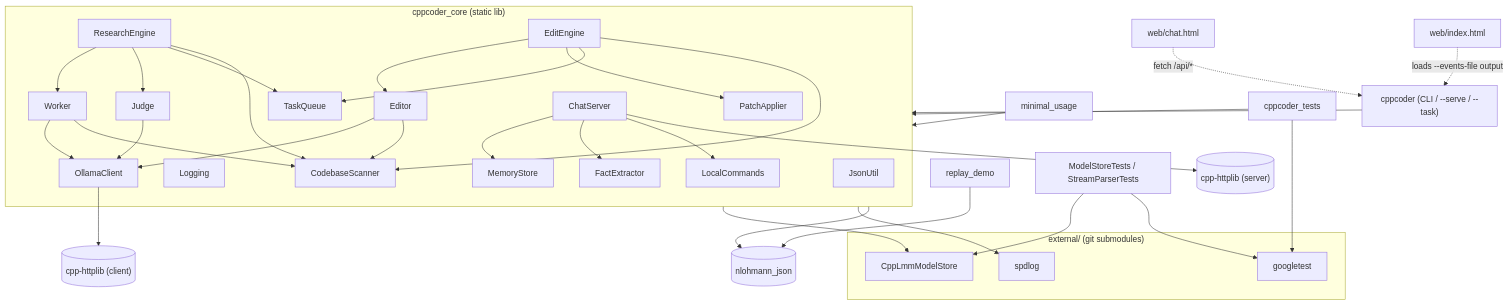
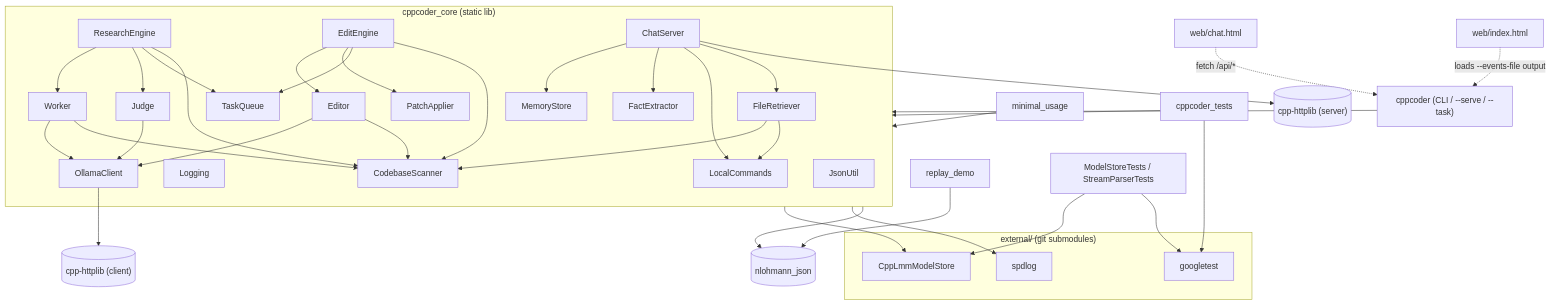
The fifth of 7 diagrams in README.md (cschladetsch/CppLocalLlmCodeAssist), drawn with Mermaid before and after one commit. The commit also changed other lines of this file and 19 other files, not shown here.

````diff
--- a/README.md
+++ b/README.md
@@ -150,59 +150,63 @@
 ```mermaid
 flowchart TD
     subgraph ext["external/ (git submodules)"]
         ModelStore["CppLmmModelStore"]
         Spdlog["spdlog"]
         GTest["googletest"]
     end
 
     subgraph core["cppcoder_core (static lib)"]
         JsonUtil
         Logging
         OllamaClient
         CodebaseScanner
         Worker
         Judge
         TaskQueue
         ResearchEngine
         Editor
         PatchApplier
         EditEngine
         ChatServer
         MemoryStore
         FactExtractor
         LocalCommands
+        FileRetriever
     end
 
     Worker --> OllamaClient
     Worker --> CodebaseScanner
     Judge --> OllamaClient
     ResearchEngine --> Worker
     ResearchEngine --> Judge
     ResearchEngine --> TaskQueue
     ResearchEngine --> CodebaseScanner
     Editor --> OllamaClient
     Editor --> CodebaseScanner
     EditEngine --> Editor
     EditEngine --> PatchApplier
     EditEngine --> TaskQueue
     EditEngine --> CodebaseScanner
     ChatServer --> MemoryStore
     ChatServer --> FactExtractor
     ChatServer --> LocalCommands
+    ChatServer --> FileRetriever
+    FileRetriever --> CodebaseScanner
+    FileRetriever --> LocalCommands
     ChatServer --> HTTPLIB[("cpp-httplib (server)")]
     core --> ModelStore
     core --> Spdlog
     core --> NJ[("nlohmann_json")]
     OllamaClient --> HTTPLIB2[("cpp-httplib (client)")]
 
     CLI["cppcoder (CLI / --serve / --task)"] --> core
     ReplayDemo["replay_demo"] --> NJ
     MinimalUsage["minimal_usage"] --> core
     Tests["cppcoder_tests"] --> core
     Tests --> GTest
     ModelStoreTests["ModelStoreTests / StreamParserTests"] --> ModelStore
     ModelStoreTests --> GTest
 
     ChatHtml["web/chat.html"] -.->|"fetch /api/*"| CLI
     IndexHtml["web/index.html"] -.->|"loads --events-file output"| CLI
 ```
````
